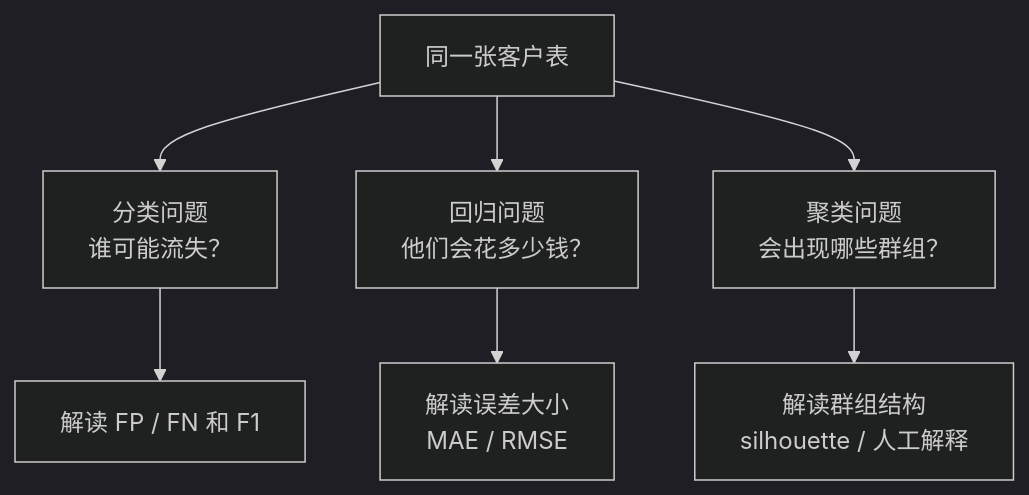
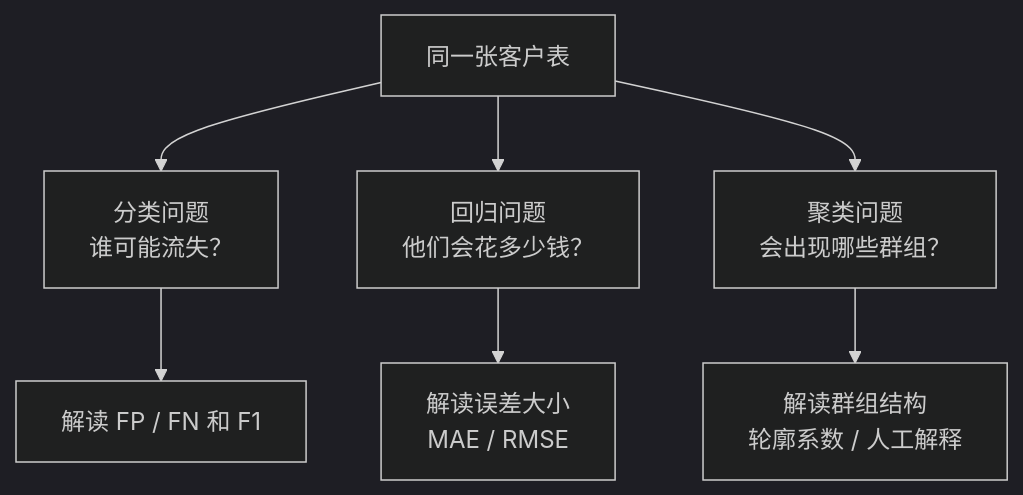
The diagram in docs/assets/part-04/chapter-06/p4-6-2-mermaid-03-zh.mmd (devchan64/AiBook), drawn with Mermaid (dark theme) before and after one commit. The commit also changed 91 other files, not shown here.

Commit message:
Finalize Part 4 Korean and Chinese diagram localization

```diff
--- a/docs/assets/part-04/chapter-06/p4-6-2-mermaid-03-zh.mmd
+++ b/docs/assets/part-04/chapter-06/p4-6-2-mermaid-03-zh.mmd
@@ -1,15 +1,15 @@
 flowchart TD
   A["同一张客户表"]
   B["分类问题<br/>谁可能流失？"]
   C["回归问题<br/>他们会花多少钱？"]
   D["聚类问题<br/>会出现哪些群组？"]
   E["解读 FP / FN 和 F1"]
   F["解读误差大小<br/>MAE / RMSE"]
-  G["解读群组结构<br/>silhouette / 人工解释"]
+  G["解读群组结构<br/>轮廓系数 / 人工解释"]
 
   A --> B
   A --> C
   A --> D
   B --> E
   C --> F
   D --> G
```
